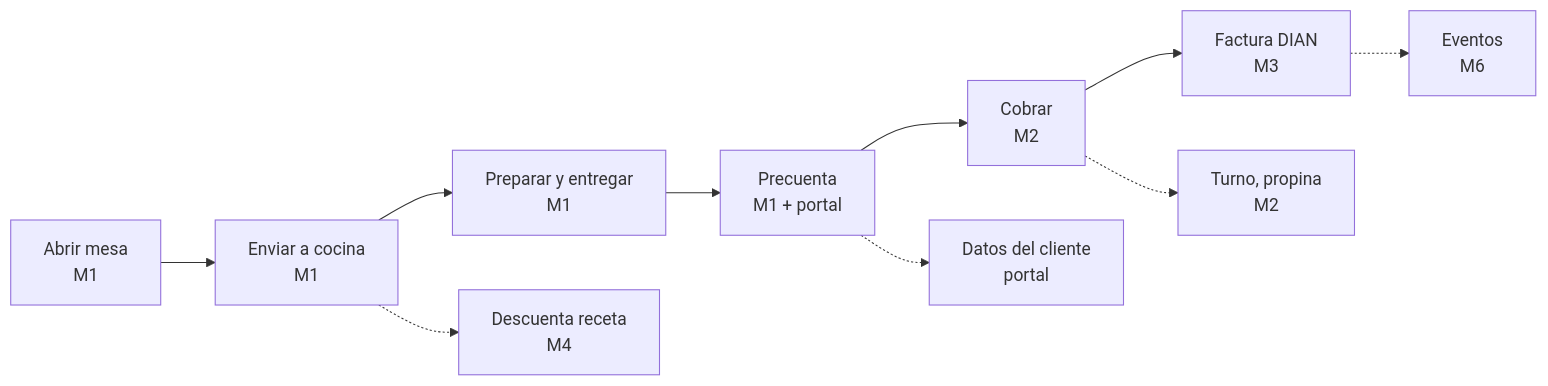
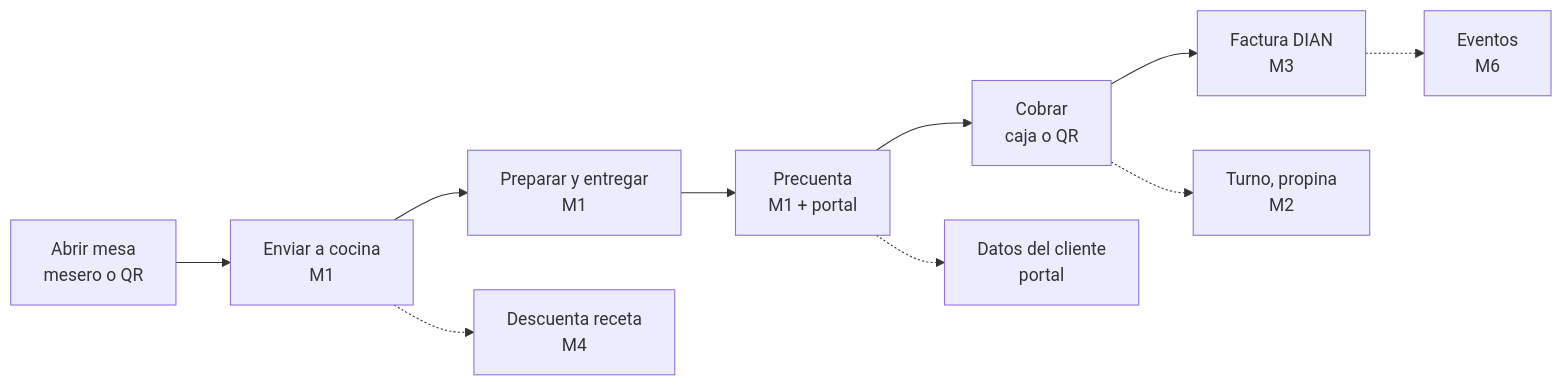
Before and after one commit to CesarJOtizM/blackHole: the first of 2 diagrams in docs/flujos/README.md, drawn with Mermaid. The commit also changed other lines of this file and 9 other files, not shown here.

Commit message:
Update documentation for modules M0 to M3, enhancing details on hybrid operation, QR-based ordering and payment processes, and versioning. Adjusted flow diagrams and descriptions to reflect new functionalities and improved clarity on system behavior during internet outages.

````diff
--- a/docs/flujos/README.md
+++ b/docs/flujos/README.md
@@ -22,12 +22,12 @@
 ```mermaid
 flowchart LR
-  A["Abrir mesa<br/>M1"] --> B["Enviar a cocina<br/>M1"]
+  A["Abrir mesa<br/>mesero o QR"] --> B["Enviar a cocina<br/>M1"]
   B --> C["Preparar y entregar<br/>M1"]
   C --> D["Precuenta<br/>M1 + portal"]
-  D --> E["Cobrar<br/>M2"]
+  D --> E["Cobrar<br/>caja o QR"]
   E --> F["Factura DIAN<br/>M3"]
   B -.-> G["Descuenta receta<br/>M4"]
   D -.-> H["Datos del cliente<br/>portal"]
   E -.-> I["Turno, propina<br/>M2"]
   F -.-> J["Eventos<br/>M6"]
 ```
````
